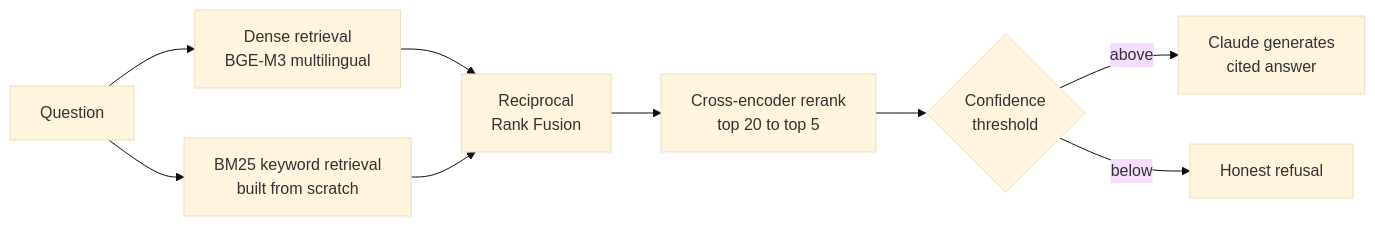
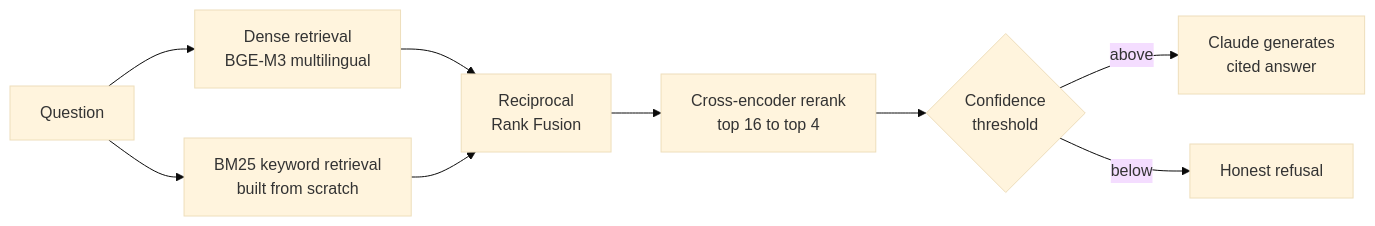
One commit to varshakodi/SchemeSetu changed the diagram in README.md. Above: the diagram before and after it, drawn with Mermaid (base theme). The commit also changed other lines of this file and 1 other file, not shown here.

````diff
--- a/README.md
+++ b/README.md
@@ -34,11 +34,11 @@
 ```mermaid
 flowchart LR
     Q[Question] --> D[Dense retrieval\nBGE-M3 multilingual]
     Q --> B[BM25 keyword retrieval\nbuilt from scratch]
     D --> F[Reciprocal\nRank Fusion]
     B --> F
-    F --> R[Cross-encoder rerank\ntop 20 to top 5]
+    F --> R[Cross-encoder rerank\ntop 16 to top 4]
     R --> T{Confidence\nthreshold}
     T -->|above| G[Claude generates\ncited answer]
     T -->|below| N[Honest refusal]
 ```
````
